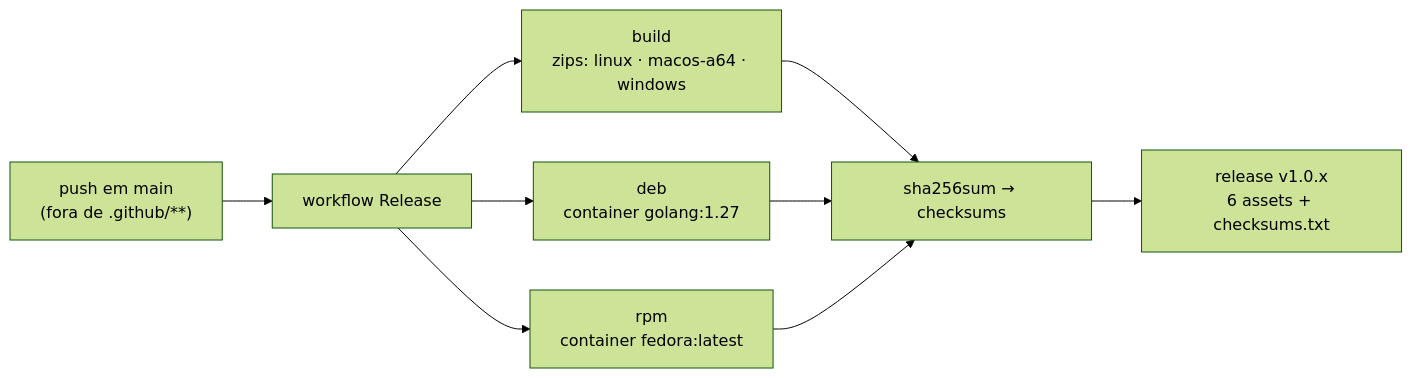
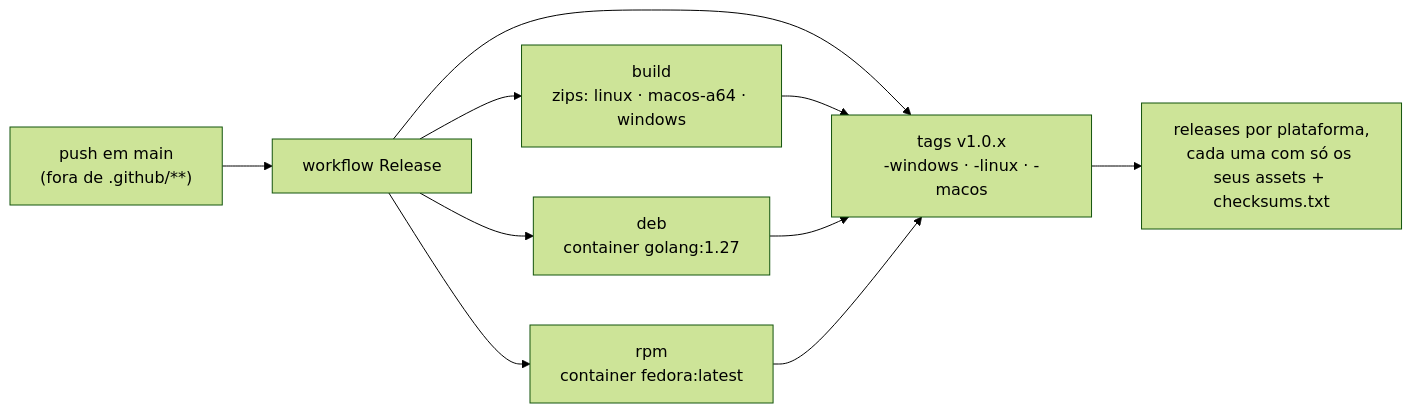
One commit to fabianoflorentino/vidctl changed the third of 3 diagrams in README.md. Above: the diagram before and after it, drawn with Mermaid (forest theme). The commit also changed other lines of this file and 4 other files, not shown here.

Commit message:
ci: uma release por plataforma — tags v1.0.x-windows/-linux/-macos com só os assets do sistema (docs, site e install.sh atualizados)

````diff
--- a/README.md
+++ b/README.md
@@ -75,11 +80,12 @@
 ```mermaid
 flowchart LR
   P["push em main<br/>(fora de .github/**)"] --> R["workflow Release"]
   R --> Z["build<br/>zips: linux · macos-a64 · windows"]
   R --> D["deb<br/>container golang:1.27"]
   R --> E["rpm<br/>container fedora:latest"]
-  Z --> S["sha256sum → checksums"]
-  D --> S
-  E --> S
-  S --> L["release v1.0.x<br/>6 assets + checksums.txt"]
+  R --> T["tags v1.0.x<br/>-windows · -linux · -macos"]
+  Z --> T
+  D --> T
+  E --> T
+  T --> L["releases por plataforma,<br/>cada uma com só os seus assets + checksums.txt"]
 ```
````
